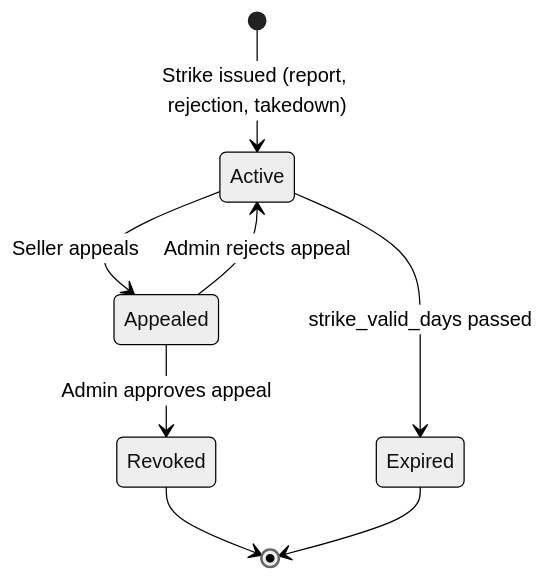
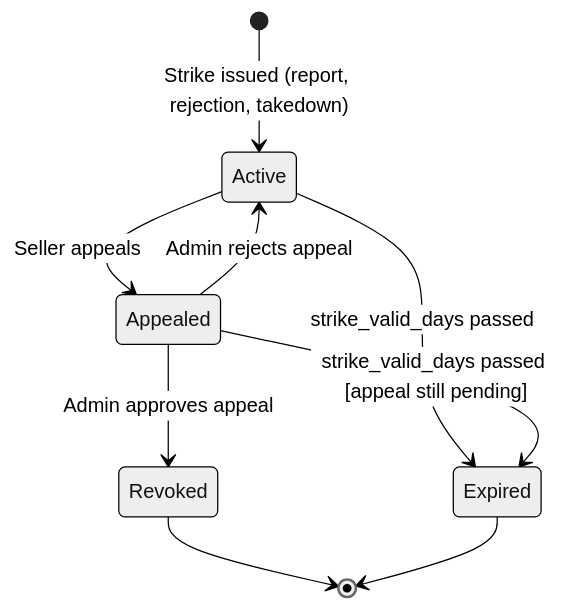
One commit to SEP490-GFA26SE186/BE changed the diagram in docs/sdd/3.12.4-state-2-creator-strike.mmd. Above: the diagram before and after it, drawn with Mermaid. The commit also changed 1 other file, not shown here.

Commit message:
docs(sdd): ST-05 add Appealed to Expired transition to creator strike state diagram

```diff
--- a/docs/sdd/3.12.4-state-2-creator-strike.mmd
+++ b/docs/sdd/3.12.4-state-2-creator-strike.mmd
@@ -1,9 +1,10 @@
 %%{init: {"theme": "neutral", "themeVariables": {"fontFamily": "Arial"}}}%%
 stateDiagram-v2
   [*] --> Active : Strike issued (report, rejection, takedown)
   Active --> Appealed : Seller appeals
   Appealed --> Revoked : Admin approves appeal
   Appealed --> Active : Admin rejects appeal
   Active --> Expired : strike_valid_days passed
+  Appealed --> Expired : strike_valid_days passed [appeal still pending]
   Revoked --> [*]
   Expired --> [*]
```
